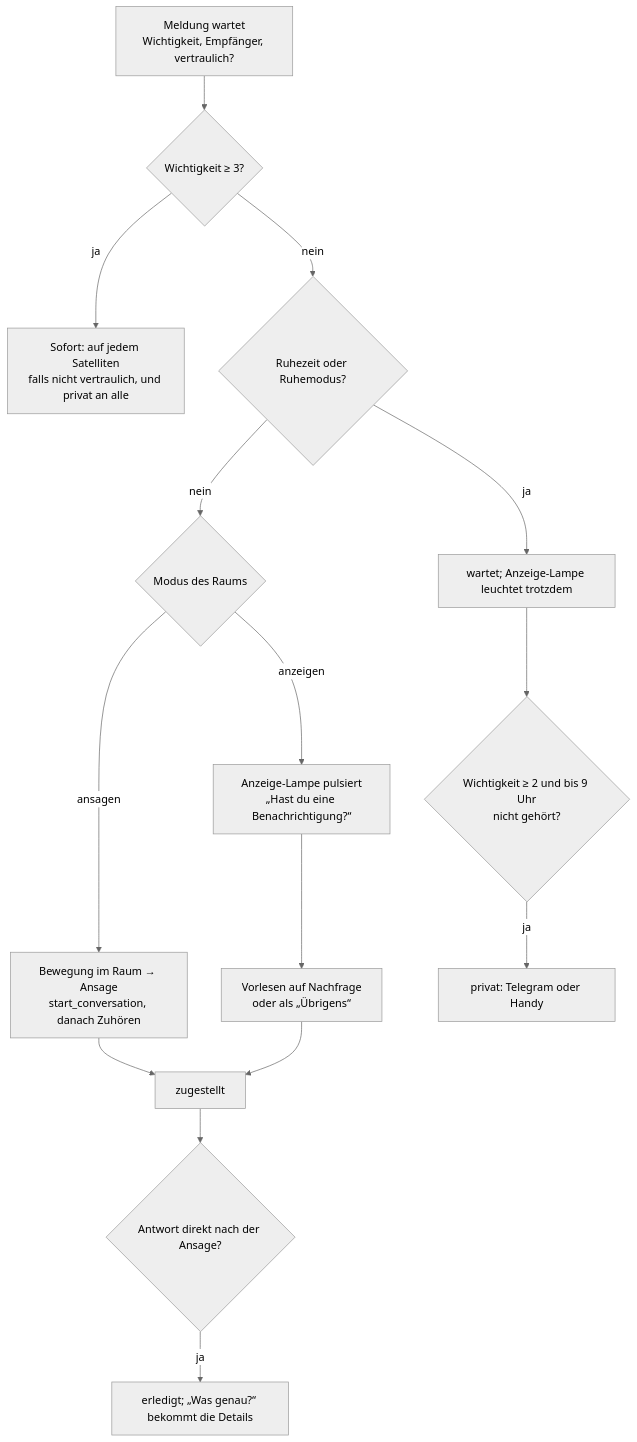
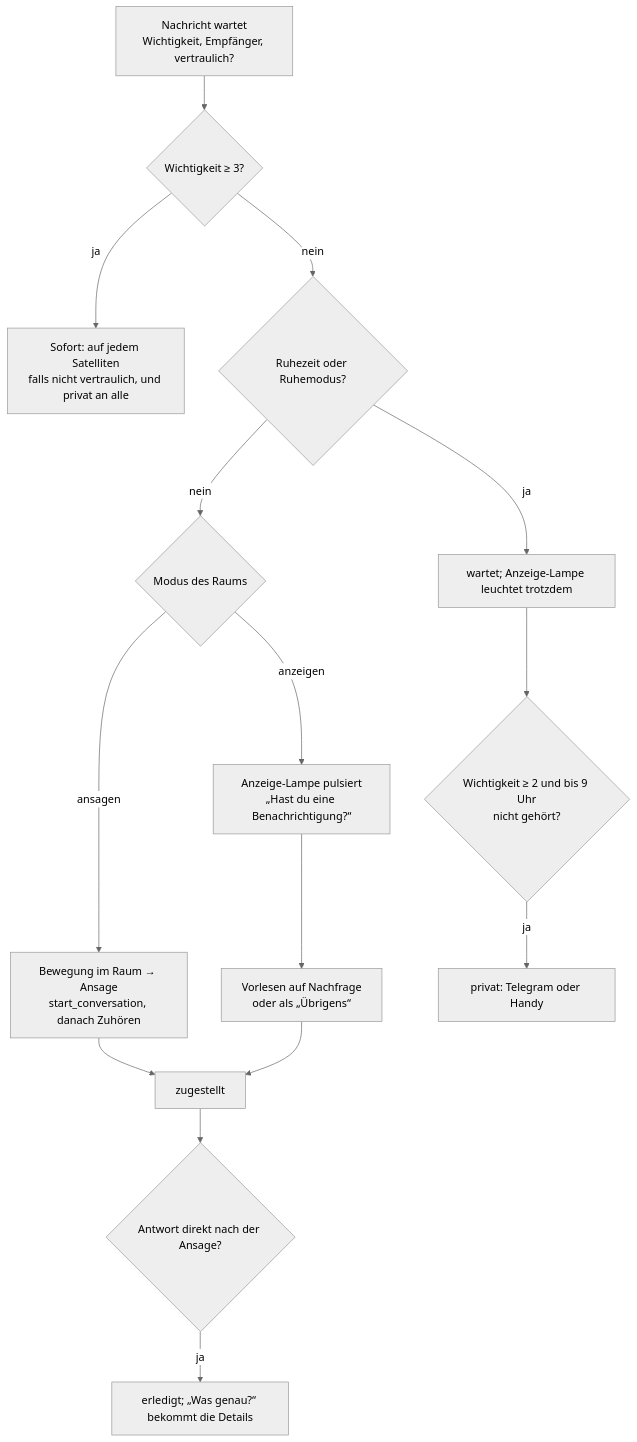
One commit to miraassist/mira changed the fifth of 6 diagrams in docs/system.md. Above: the diagram before and after it, drawn with Mermaid (neutral theme). The commit also changed other lines of this file and 77 other files, not shown here.

````diff
--- a/docs/system.md
+++ b/docs/system.md
@@ -254,16 +254,16 @@
 ```mermaid
 flowchart TD
-    Q[Meldung wartet<br/>Wichtigkeit, Empfänger, vertraulich?] --> U{Wichtigkeit ≥ 3?}
+    Q[Nachricht wartet<br/>Wichtigkeit, Empfänger, vertraulich?] --> U{Wichtigkeit ≥ 3?}
     U -->|ja| NOW[Sofort: auf jedem Satelliten<br/>falls nicht vertraulich, und privat an alle]
     U -->|nein| QH{Ruhezeit oder Ruhemodus?}
     QH -->|ja| WAIT[wartet; Anzeige-Lampe leuchtet trotzdem]
     QH -->|nein| MODE{Modus des Raums}
     MODE -->|ansagen| MOT[Bewegung im Raum → Ansage<br/>start_conversation, danach Zuhören]
     MODE -->|anzeigen| IND[Anzeige-Lampe pulsiert<br/>„Hast du eine Benachrichtigung?“]
     MOT --> HEARD[zugestellt]
     IND --> ASK[Vorlesen auf Nachfrage<br/>oder als „Übrigens“] --> HEARD
     WAIT --> ESC{Wichtigkeit ≥ 2 und bis 9 Uhr<br/>nicht gehört?}
     ESC -->|ja| PRIV[privat: Telegram oder Handy]
     HEARD --> FU{Antwort direkt nach der Ansage?}
     FU -->|ja| ACK[erledigt; „Was genau?“ bekommt die Details]
 ```
````
